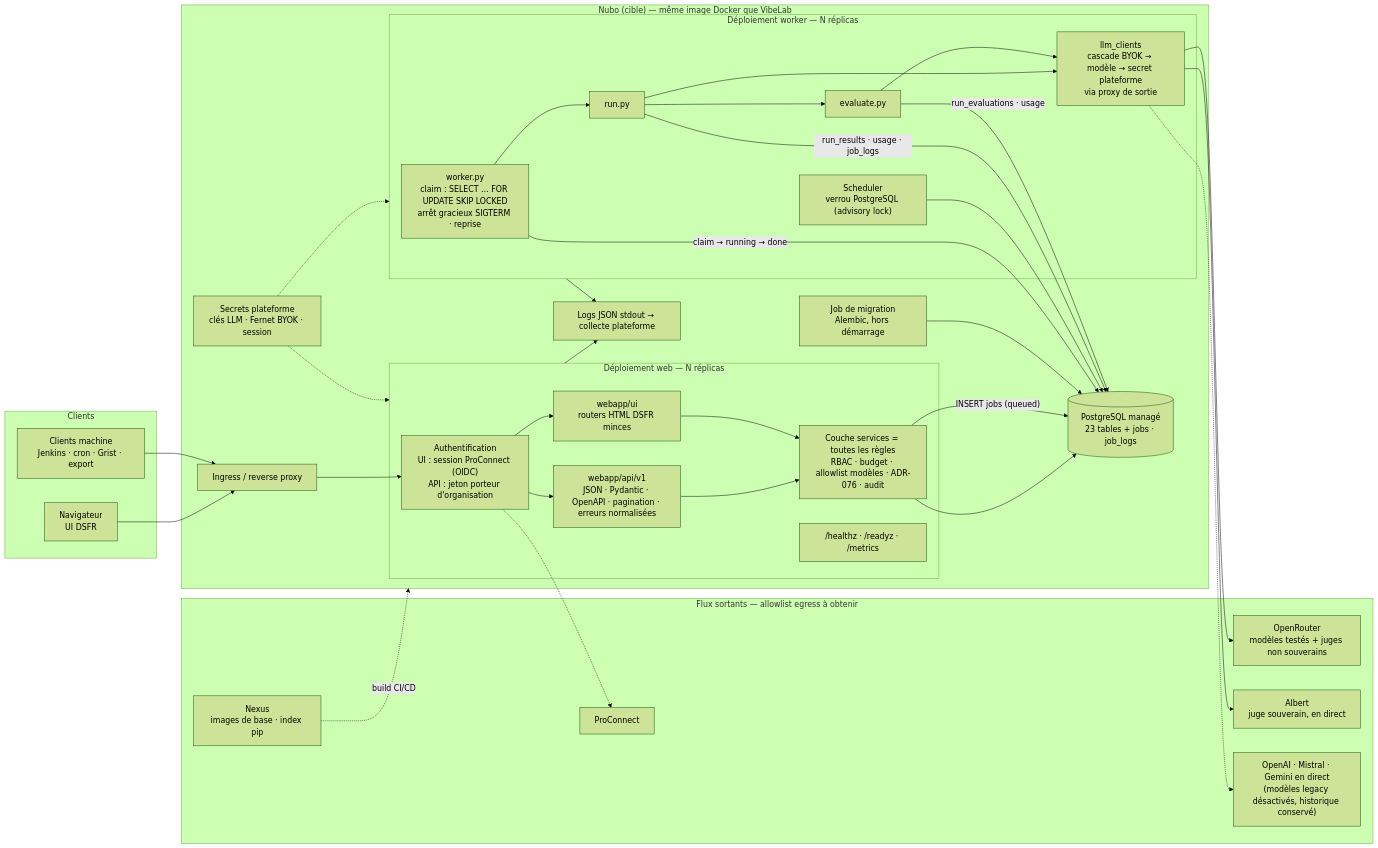
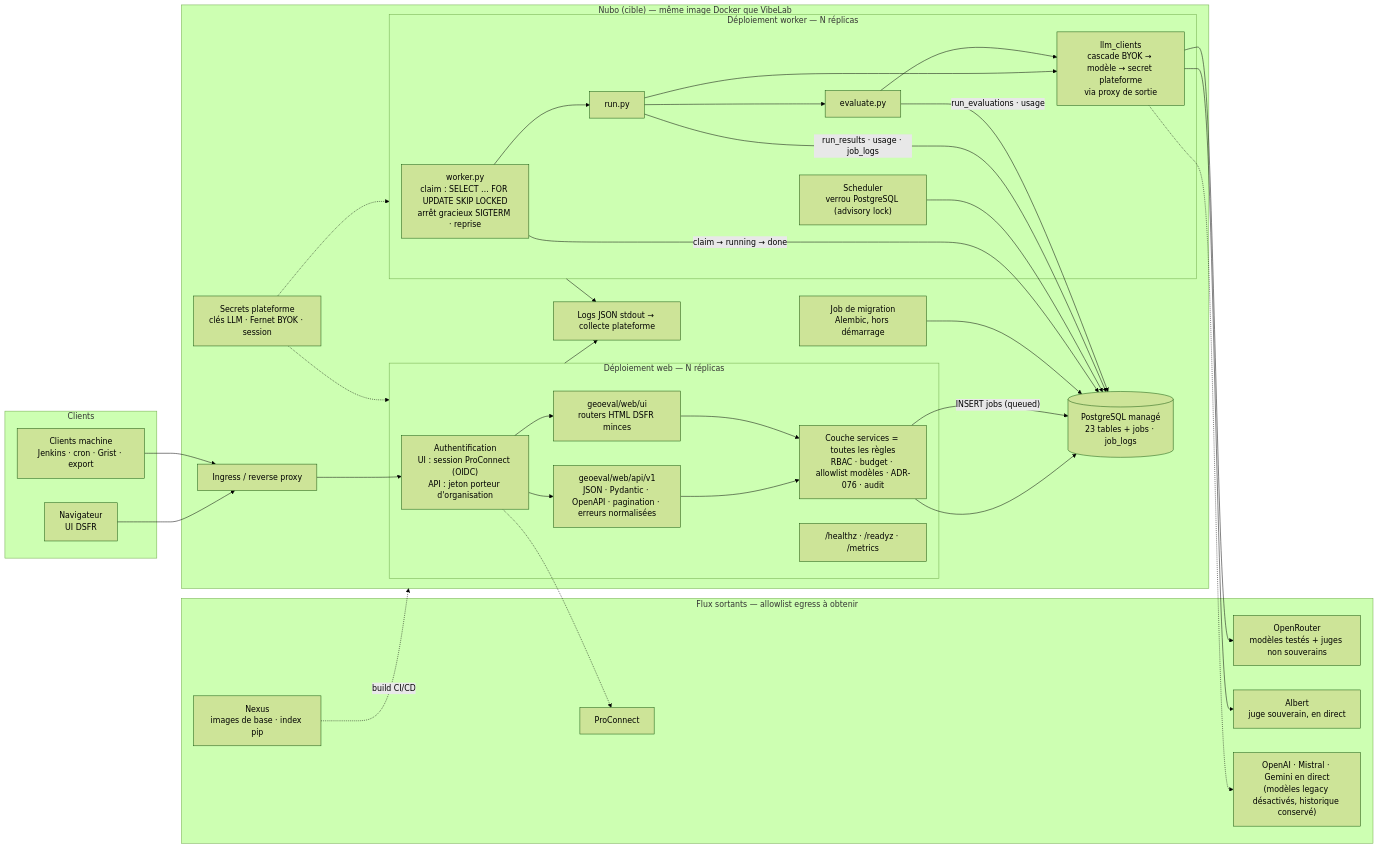
Before and after one commit to bmatge/GEOeval: the second of 3 diagrams in docs/architecture.md, drawn with Mermaid (forest theme). The commit also changed other lines of this file and 132 other files, not shown here.

````diff
--- a/docs/architecture.md
+++ b/docs/architecture.md
@@ -76,64 +76,64 @@
 ```mermaid
 flowchart LR
   subgraph Clients
     U["Navigateur<br/>UI DSFR"]
     M["Clients machine<br/>Jenkins · cron · Grist · export"]
   end
 
   subgraph Nubo["Nubo (cible) — même image Docker que VibeLab"]
     ING["Ingress / reverse proxy"]
     subgraph WEB["Déploiement web — N réplicas"]
       AUTH["Authentification<br/>UI : session ProConnect (OIDC)<br/>API : jeton porteur d'organisation"]
-      API["webapp/api/v1<br/>JSON · Pydantic · OpenAPI · pagination · erreurs normalisées"]
-      UI["webapp/ui<br/>routers HTML DSFR minces"]
+      API["geoeval/web/api/v1<br/>JSON · Pydantic · OpenAPI · pagination · erreurs normalisées"]
+      UI["geoeval/web/ui<br/>routers HTML DSFR minces"]
       SVC["Couche services = toutes les règles<br/>RBAC · budget · allowlist modèles · ADR-076 · audit"]
       HZ["/healthz · /readyz · /metrics"]
     end
     subgraph WK["Déploiement worker — N réplicas"]
       W["worker.py<br/>claim : SELECT … FOR UPDATE SKIP LOCKED<br/>arrêt gracieux SIGTERM · reprise"]
       SCH["Scheduler<br/>verrou PostgreSQL (advisory lock)"]
       RUN["run.py"]
       EVAL["evaluate.py"]
       LLMC["llm_clients<br/>cascade BYOK → modèle → secret plateforme<br/>via proxy de sortie"]
     end
     MIG["Job de migration<br/>Alembic, hors démarrage"]
     DB[("PostgreSQL managé<br/>23 tables + jobs · job_logs")]
     SEC["Secrets plateforme<br/>clés LLM · Fernet BYOK · session"]
     LOGS["Logs JSON stdout → collecte plateforme"]
   end
 
   subgraph EXT["Flux sortants — allowlist egress à obtenir"]
     OR["OpenRouter<br/>modèles testés + juges non souverains"]
     ALB["Albert<br/>juge souverain, en direct"]
     LEG["OpenAI · Mistral · Gemini en direct<br/>(modèles legacy désactivés, historique conservé)"]
     PC["ProConnect"]
     NEX["Nexus<br/>images de base · index pip"]
   end
 
   U --> ING
   M --> ING
   ING --> AUTH
   AUTH --> API
   AUTH --> UI
   API --> SVC
   UI --> SVC
   SVC --> DB
   SVC -->|"INSERT jobs (queued)"| DB
   W -->|"claim → running → done"| DB
   SCH --> DB
   W --> RUN --> EVAL
   RUN --> LLMC
   EVAL --> LLMC
   LLMC --> OR
   LLMC --> ALB
   LLMC -.-> LEG
   RUN -->|"run_results · usage · job_logs"| DB
   EVAL -->|"run_evaluations · usage"| DB
   MIG --> DB
   AUTH -.-> PC
   SEC -.-> WEB
   SEC -.-> WK
   WEB --> LOGS
   WK --> LOGS
   NEX -.->|"build CI/CD"| Nubo
 ```
````
